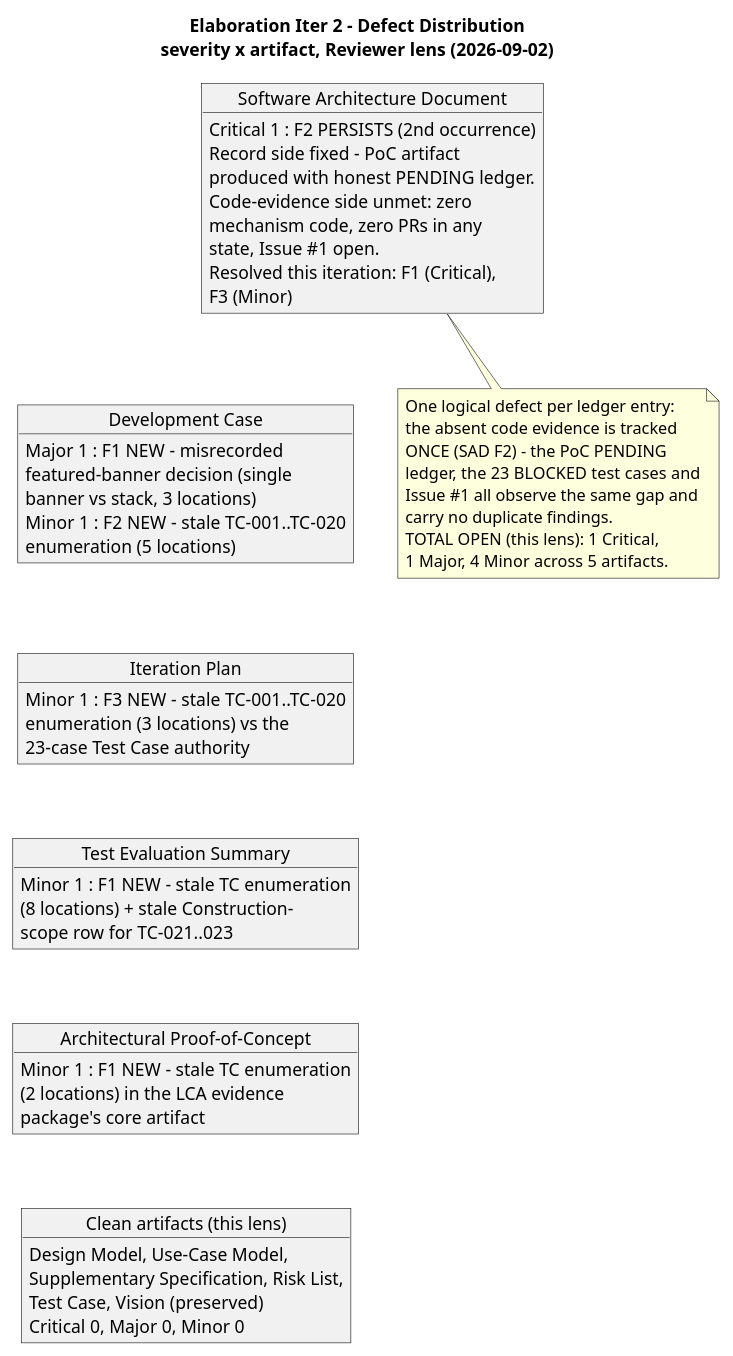
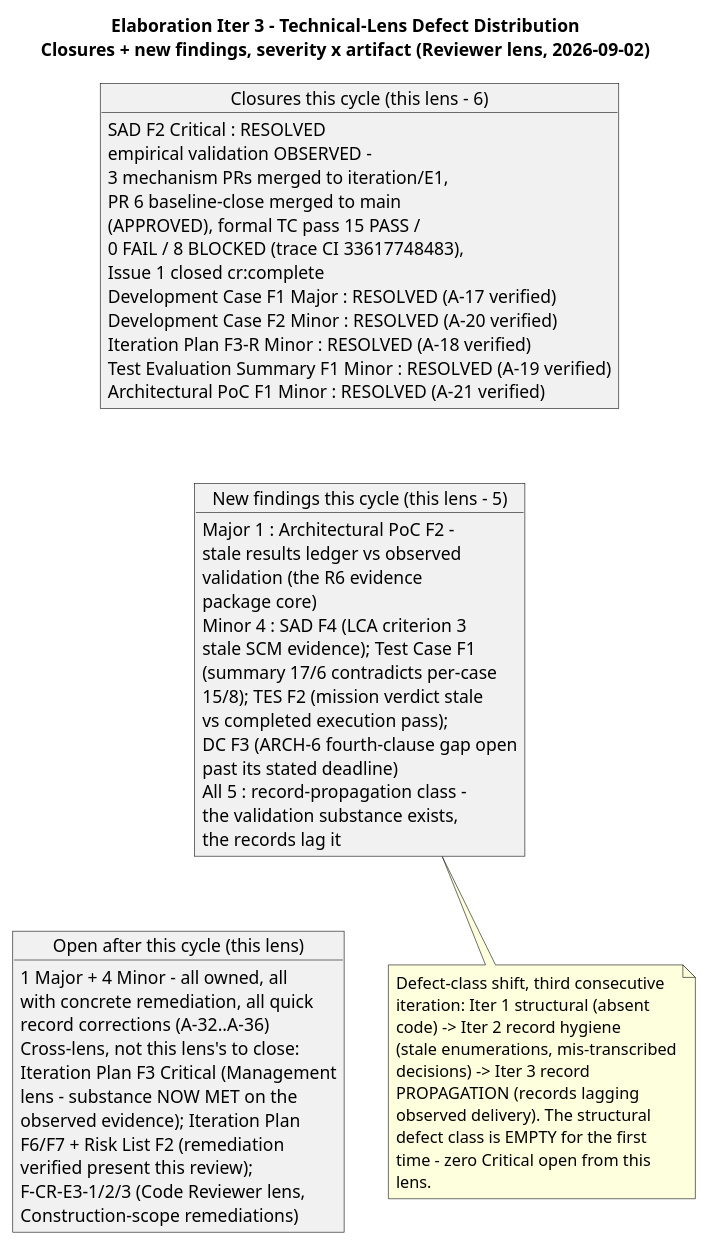
Before and after one commit to banense-test/employee-portal: diagram 13 of 21 in docs/artifacts/project-management/review-record.md, drawn with PlantUML. The commit also changed other lines of this file, not shown here.

First line of the commit message:
Reviewer [E3]: upsert Review Record

````diff
--- a/docs/artifacts/project-management/review-record.md
+++ b/docs/artifacts/project-management/review-record.md
@@ -1146,60 +895,64 @@
 ```plantuml
 @startuml
-title Elaboration Iter 2 - Defect Distribution\nseverity x artifact, Reviewer lens (2026-09-02)
+title Elaboration Iter 3 - Technical-Lens Defect Distribution\nClosures + new findings, severity x artifact (Reviewer lens, 2026-09-02)
 
-object "Software Architecture Document" as D1 {
-  Critical 1 : F2 PERSISTS (2nd occurrence)
-  Record side fixed - PoC artifact
-  produced with honest PENDING ledger.
-  Code-evidence side unmet: zero
-  mechanism code, zero PRs in any
-  state, Issue #1 open.
-  Resolved this iteration: F1 (Critical),
-  F3 (Minor)
+object "Closures this cycle (this lens - 6)" as C1 {
+  SAD F2 Critical : RESOLVED
+  empirical validation OBSERVED -
+  3 mechanism PRs merged to iteration/E1,
+  PR 6 baseline-close merged to main
+  (APPROVED), formal TC pass 15 PASS /
+  0 FAIL / 8 BLOCKED (trace CI 33617748483),
+  Issue 1 closed cr:complete
+  Development Case F1 Major : RESOLVED (A-17 verified)
+  Development Case F2 Minor : RESOLVED (A-20 verified)
+  Iteration Plan F3-R Minor : RESOLVED (A-18 verified)
+  Test Evaluation Summary F1 Minor : RESOLVED (A-19 verified)
+  Architectural PoC F1 Minor : RESOLVED (A-21 verified)
 }
-object "Development Case" as D2 {
-  Major 1 : F1 NEW - misrecorded
-  featured-banner decision (single
-  banner vs stack, 3 locations)
-  Minor 1 : F2 NEW - stale TC-001..TC-020
-  enumeration (5 locations)
+object "New findings this cycle (this lens - 5)" as C2 {
+  Major 1 : Architectural PoC F2 -
+  stale results ledger vs observed
+  validation (the R6 evidence
+  package core)
+  Minor 4 : SAD F4 (LCA criterion 3
+  stale SCM evidence); Test Case F1
+  (summary 17/6 contradicts per-case
+  15/8); TES F2 (mission verdict stale
+  vs completed execution pass);
+  DC F3 (ARCH-6 fourth-clause gap open
+  past its stated deadline)
+  All 5 : record-propagation class -
+  the validation substance exists,
+  the records lag it
 }
-object "Iteration Plan" as D3 {
-  Minor 1 : F3 NEW - stale TC-001..TC-020
-  enumeration (3 locations) vs the
-  23-case Test Case authority
+object "Open after this cycle (this lens)" as C3 {
+  1 Major + 4 Minor - all owned, all
+  with concrete remediation, all quick
+  record corrections (A-32..A-36)
+  Cross-lens, not this lens's to close:
+  Iteration Plan F3 Critical (Management
+  lens - substance NOW MET on the
+  observed evidence); Iteration Plan
+  F6/F7 + Risk List F2 (remediation
+  verified present this review);
+  F-CR-E3-1/2/3 (Code Reviewer lens,
+  Construction-scope remediations)
 }
-object "Test Evaluation Summary" as D4 {
-  Minor 1 : F1 NEW - stale TC enumeration
-  (8 locations) + stale Construction-
-  scope row for TC-021..023
-}
-object "Architectural Proof-of-Concept" as D5 {
-  Minor 1 : F1 NEW - stale TC enumeration
-  (2 locations) in the LCA evidence
-  package's core artifact
-}
-object "Clean artifacts (this lens)" as D6 {
-  Design Model, Use-Case Model,
-  Supplementary Specification, Risk List,
-  Test Case, Vision (preserved)
-  Critical 0, Major 0, Minor 0
-}
-D1 -[hidden]-> D2
-D2 -[hidden]-> D3
-D3 -[hidden]-> D4
-D4 -[hidden]-> D5
-D5 -[hidden]-> D6
+C1 -[hidden]-> C2
+C2 -[hidden]-> C3
 
-note bottom of D1
-  One logical defect per ledger entry:
-  the absent code evidence is tracked
-  ONCE (SAD F2) - the PoC PENDING
-  ledger, the 23 BLOCKED test cases and
-  Issue #1 all observe the same gap and
-  carry no duplicate findings.
-  TOTAL OPEN (this lens): 1 Critical,
-  1 Major, 4 Minor across 5 artifacts.
+note bottom of C2
+  Defect-class shift, third consecutive
+  iteration: Iter 1 structural (absent
+  code) -> Iter 2 record hygiene
+  (stale enumerations, mis-transcribed
+  decisions) -> Iter 3 record
+  PROPAGATION (records lagging
+  observed delivery). The structural
+  defect class is EMPTY for the first
+  time - zero Critical open from this
+  lens.
 end note
 @enduml
 ```
````
